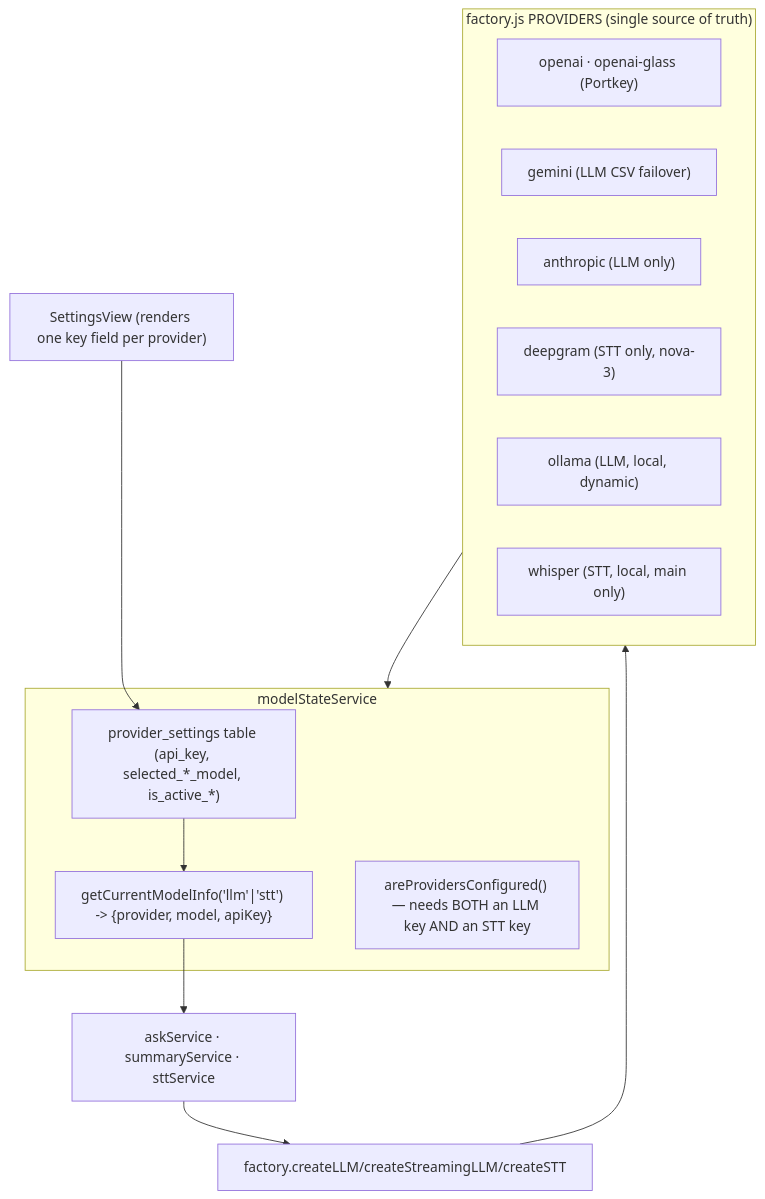
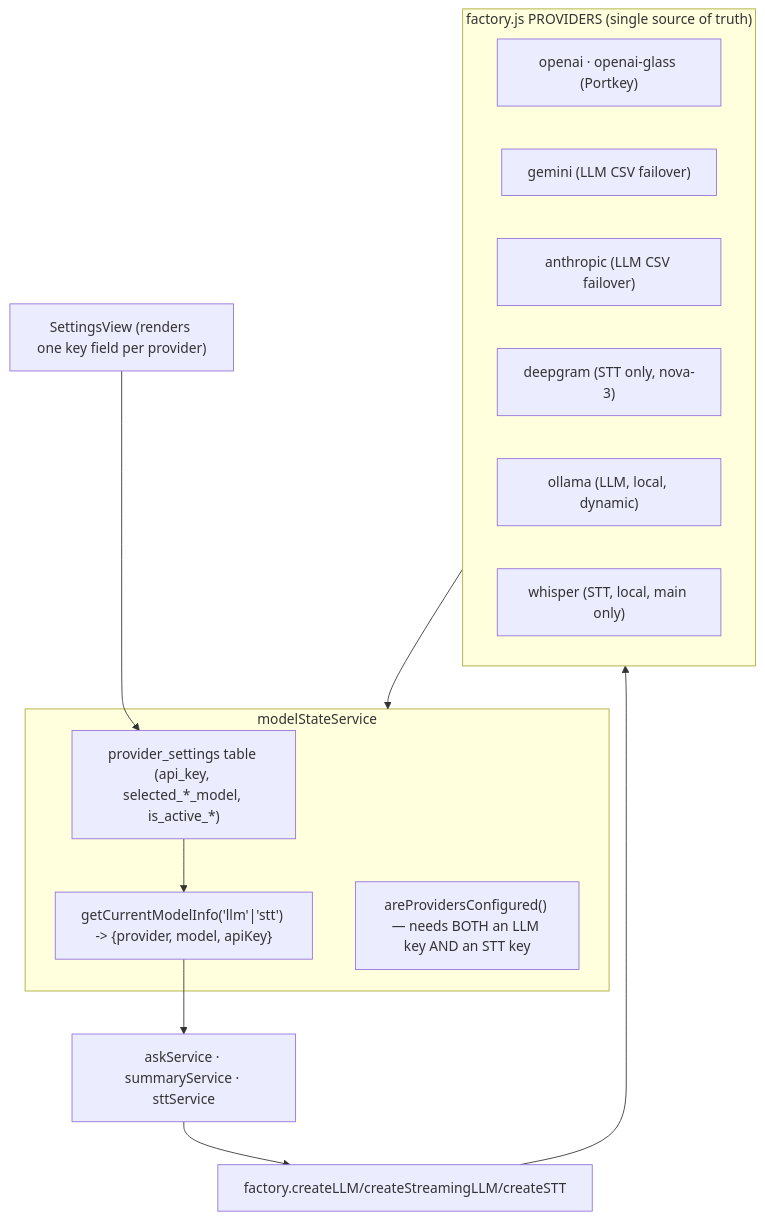
One commit to tas88-sys/glass changed the tenth of 14 diagrams in ARCHITECTURE.md. Above: the diagram before and after it, drawn with Mermaid. The commit also changed other lines of this file and 18 other files, not shown here.

First line of the commit message:
document the anthropic failover and what implementation changed

````diff
--- a/ARCHITECTURE.md
+++ b/ARCHITECTURE.md
@@ -538,20 +538,20 @@
 ```mermaid
 flowchart TB
     subgraph registry["factory.js PROVIDERS (single source of truth)"]
         r1["openai · openai-glass (Portkey)"]
         r3["gemini (LLM CSV failover)"]
-        r4["anthropic (LLM only)"]
+        r4["anthropic (LLM CSV failover)"]
         r5["deepgram (STT only, nova-3)"]
         r6["ollama (LLM, local, dynamic)"]
         r7["whisper (STT, local, main only)"]
     end
     subgraph state["modelStateService"]
         keys["provider_settings table (api_key, selected_*_model, is_active_*)"]
         resolve["getCurrentModelInfo('llm'|'stt') -> {provider, model, apiKey}"]
         gate["areProvidersConfigured() — needs BOTH an LLM key AND an STT key"]
     end
     consumers["askService · summaryService · sttService"]
     registry --> state
     keys --> resolve --> consumers --> dispatch["factory.createLLM/createStreamingLLM/createSTT"] --> registry
     settingsui["SettingsView (renders one key field per provider)"] --> keys
 ```
````
